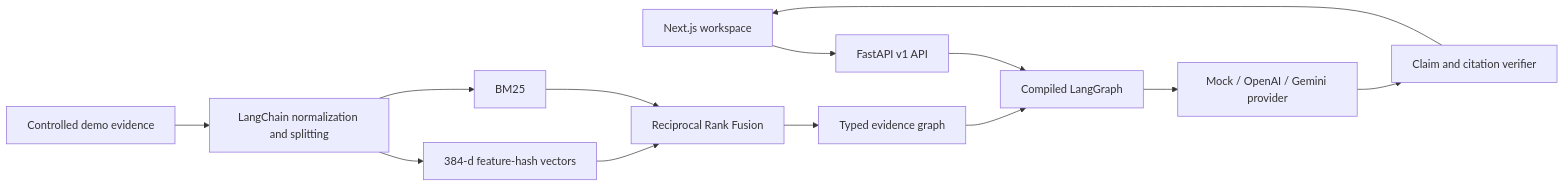
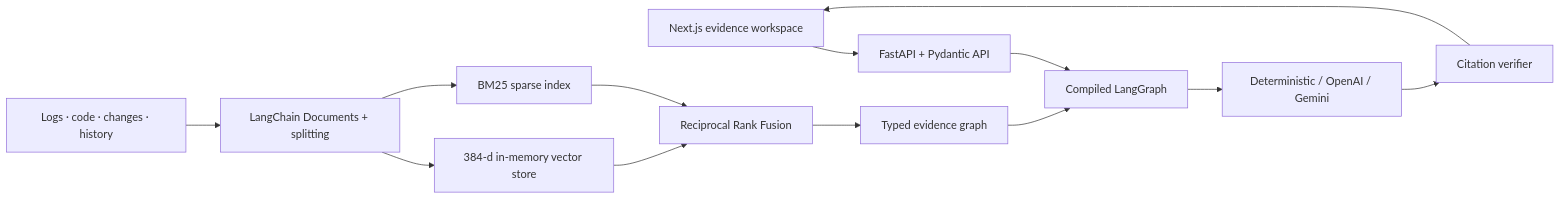
Before and after one commit to Niloy-Bhuiyan/IncidentLens: the first of 2 diagrams in README.md, drawn with Mermaid. The commit also changed other lines of this file and 7 other files, not shown here.

````diff
--- a/README.md
+++ b/README.md
@@ -48,15 +47,15 @@
 ```mermaid
 flowchart LR
-  UI[Next.js workspace] --> API[FastAPI v1 API]
-  API --> WF[Compiled LangGraph]
-  FIX[Controlled demo evidence] --> ING[LangChain normalization and splitting]
-  ING --> VEC[384-d feature-hash vectors]
-  ING --> BM[BM25]
+  UI[Next.js evidence workspace] --> API[FastAPI + Pydantic API]
+  API --> LG[Compiled LangGraph]
+  DATA[Logs · code · changes · history] --> PREP[LangChain Documents + splitting]
+  PREP --> VEC[384-d in-memory vector store]
+  PREP --> BM[BM25 sparse index]
   VEC --> RRF[Reciprocal Rank Fusion]
   BM --> RRF
-  RRF --> G[Typed evidence graph]
-  G --> WF
-  WF --> P[Mock / OpenAI / Gemini provider]
-  P --> V[Claim and citation verifier]
-  V --> UI
+  RRF --> EG[Typed evidence graph]
+  EG --> LG
+  LG --> PROVIDER[Deterministic / OpenAI / Gemini]
+  PROVIDER --> VERIFY[Citation verifier]
+  VERIFY --> UI
 ```
````
